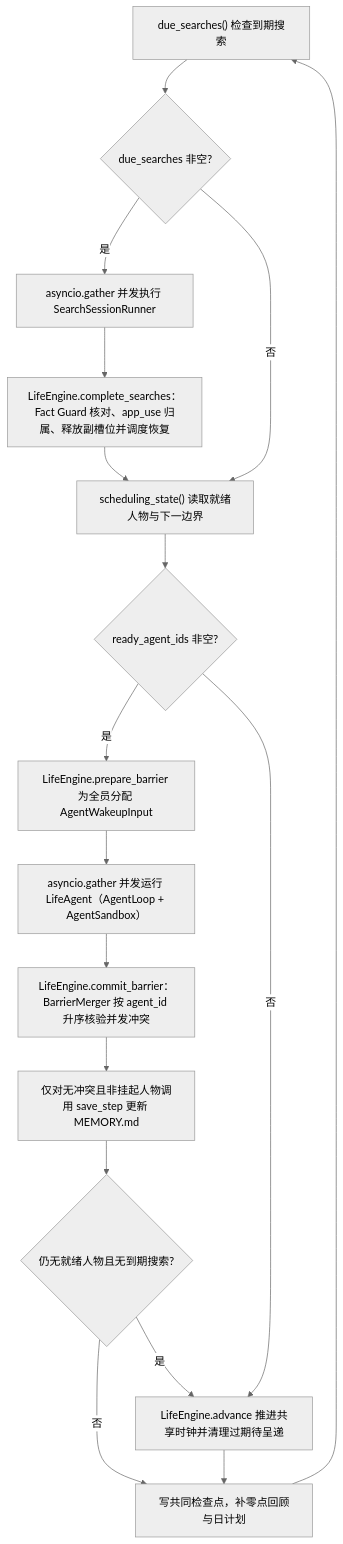
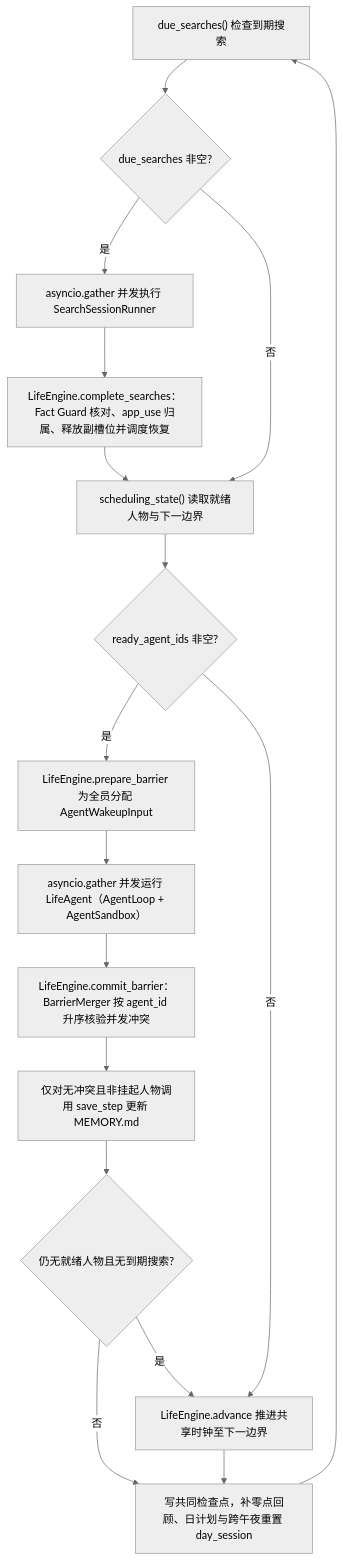
The second of 2 diagrams in docs/design/10-runtime.md (HoldThatThgt/WorldMock), drawn with Mermaid (neutral theme) before and after one commit. The commit also changed other lines of this file and 180 other files, not shown here.

Commit message:
Implement day session incremental observation and prefix cache optimization

````diff
--- a/docs/design/10-runtime.md
+++ b/docs/design/10-runtime.md
@@ -42,19 +42,19 @@
 ```mermaid
 flowchart TD
     CheckSearch["due_searches() 检查到期搜索"] --> DueSearch{"due_searches 非空?"}
     DueSearch -->|"是"| RunSearch["asyncio.gather 并发执行 SearchSessionRunner"]
     RunSearch --> CompleteSearch["LifeEngine.complete_searches：Fact Guard 核对、app_use 归属、释放副槽位并调度恢复"]
     CompleteSearch --> QueryReady["scheduling_state() 读取就绪人物与下一边界"]
     DueSearch -->|"否"| QueryReady
     QueryReady --> Ready{"ready_agent_ids 非空?"}
     Ready -->|"是"| Prepare["LifeEngine.prepare_barrier 为全员分配 AgentWakeupInput"]
     Prepare --> RunAgents["asyncio.gather 并发运行 LifeAgent（AgentLoop + AgentSandbox）"]
     RunAgents --> CommitBarrier["LifeEngine.commit_barrier：BarrierMerger 按 agent_id 升序核验并发冲突"]
     CommitBarrier --> Tail["仅对无冲突且非挂起人物调用 save_step 更新 MEMORY.md"]
     Tail --> PostCheck{"仍无就绪人物且无到期搜索?"}
-    PostCheck -->|"是"| Advance["LifeEngine.advance 推进共享时钟并清理过期待呈递"]
-    PostCheck -->|"否"| StepEnd["写共同检查点，补零点回顾与日计划"]
+    PostCheck -->|"是"| Advance["LifeEngine.advance 推进共享时钟至下一边界"]
+    PostCheck -->|"否"| StepEnd["写共同检查点，补零点回顾、日计划与跨午夜重置 day_session"]
     Ready -->|"否"| Advance
     Advance --> StepEnd
     StepEnd --> CheckSearch
 ```
````
